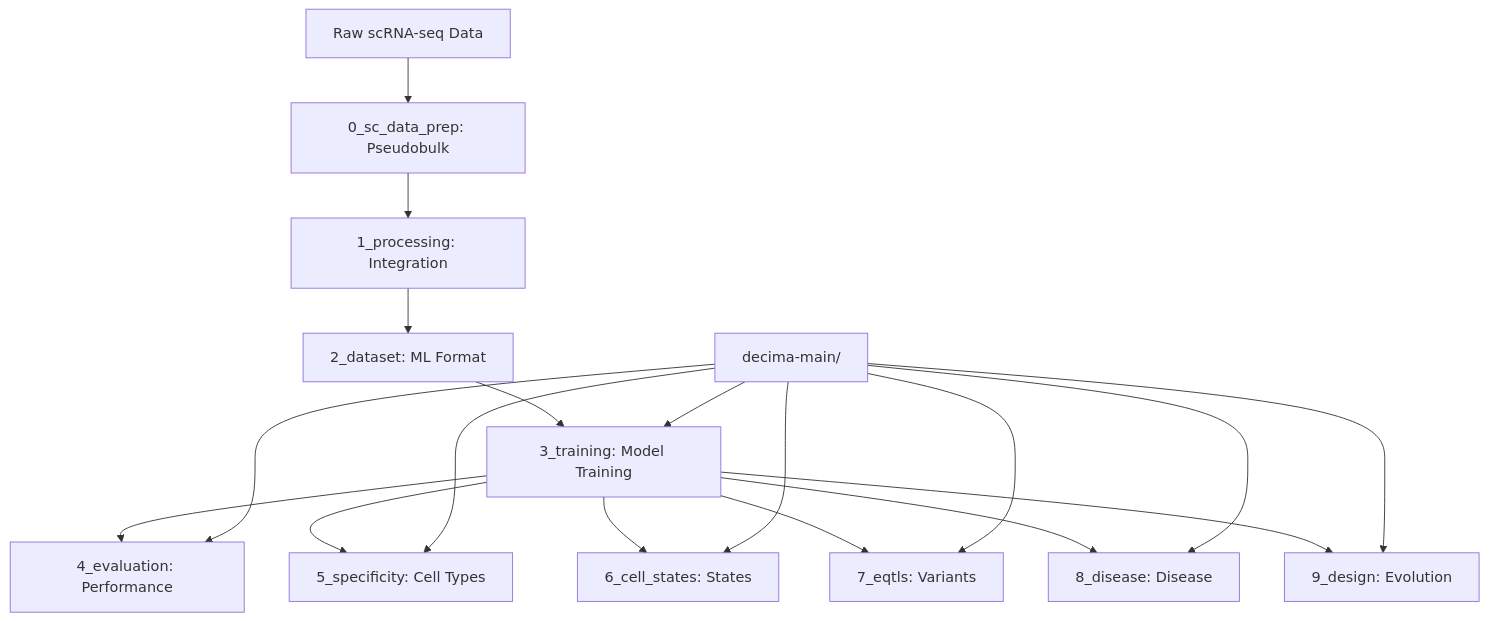
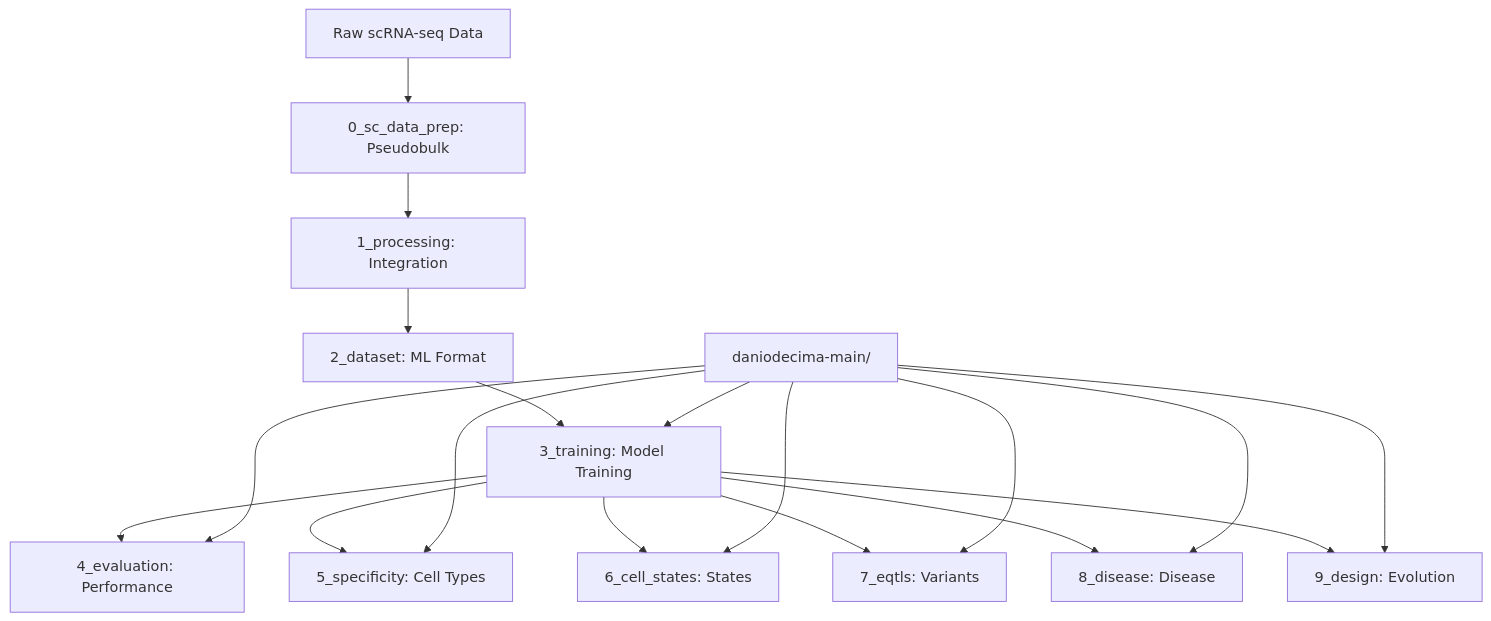
Before and after one commit to czbiohub-sf/DanioDecima: the third of 3 diagrams in documents/DECIMA_STRUCTURE_ANALYSIS.md, drawn with Mermaid. The commit also changed other lines of this file and 29 other files, not shown here.

````diff
--- a/documents/DECIMA_STRUCTURE_ANALYSIS.md
+++ b/documents/DECIMA_STRUCTURE_ANALYSIS.md
@@ -202,22 +202,22 @@
 ```mermaid
 graph TD
     A[Raw scRNA-seq Data] --> B[0_sc_data_prep: Pseudobulk]
     B --> C[1_processing: Integration]
     C --> D[2_dataset: ML Format]
     D --> E[3_training: Model Training]
     
     E --> F[4_evaluation: Performance]
     E --> G[5_specificity: Cell Types]
     E --> H[6_cell_states: States]
     E --> I[7_eqtls: Variants]
     E --> J[8_disease: Disease]
     E --> K[9_design: Evolution]
     
-    L[decima-main/] --> E
+    L[daniodecima-main/] --> E
     L --> F
     L --> G
     L --> H
     L --> I
     L --> J
     L --> K
 ```
````
